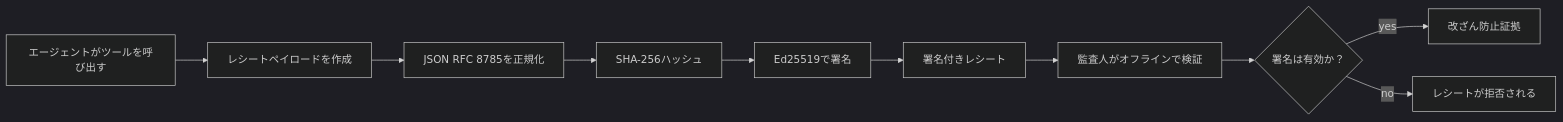
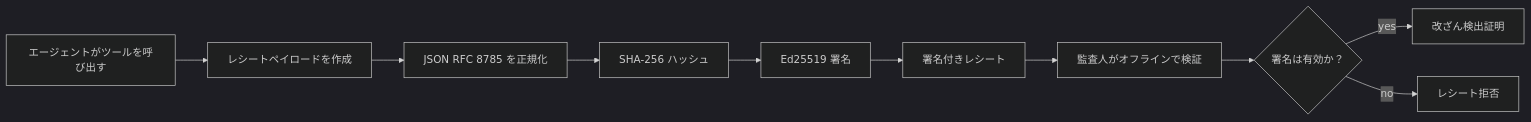
The first of 2 diagrams in mirrors/repos/microsoft@ai-agents-for-beginners/translations/ja/18-securing-ai-agents/README.md (gabrielmoreira/agent-skills-mirror), drawn with Mermaid (dark theme) before and after one commit. The commit also changed other lines of this file and 2285 other files, not shown here.

````diff
--- a/mirrors/repos/microsoft@ai-agents-for-beginners/translations/ja/18-securing-ai-agents/README.md
+++ b/mirrors/repos/microsoft@ai-agents-for-beginners/translations/ja/18-securing-ai-agents/README.md
@@ -51,12 +51,12 @@
 ```mermaid
 flowchart LR
     A[エージェントがツールを呼び出す] --> B[レシートペイロードを作成]
-    B --> C[JSON RFC 8785を正規化]
-    C --> D[SHA-256ハッシュ]
-    D --> E[Ed25519で署名]
+    B --> C[JSON RFC 8785 を正規化]
+    C --> D[SHA-256 ハッシュ]
+    D --> E[Ed25519 署名]
     E --> F[署名付きレシート]
     F --> G[監査人がオフラインで検証]
     G --> H{署名は有効か？}
-    H -- yes --> I[改ざん防止証拠]
-    H -- no --> J[レシートが拒否される]
+    H -- yes --> I[改ざん検出証明]
+    H -- no --> J[レシート拒否]
 ```
````
